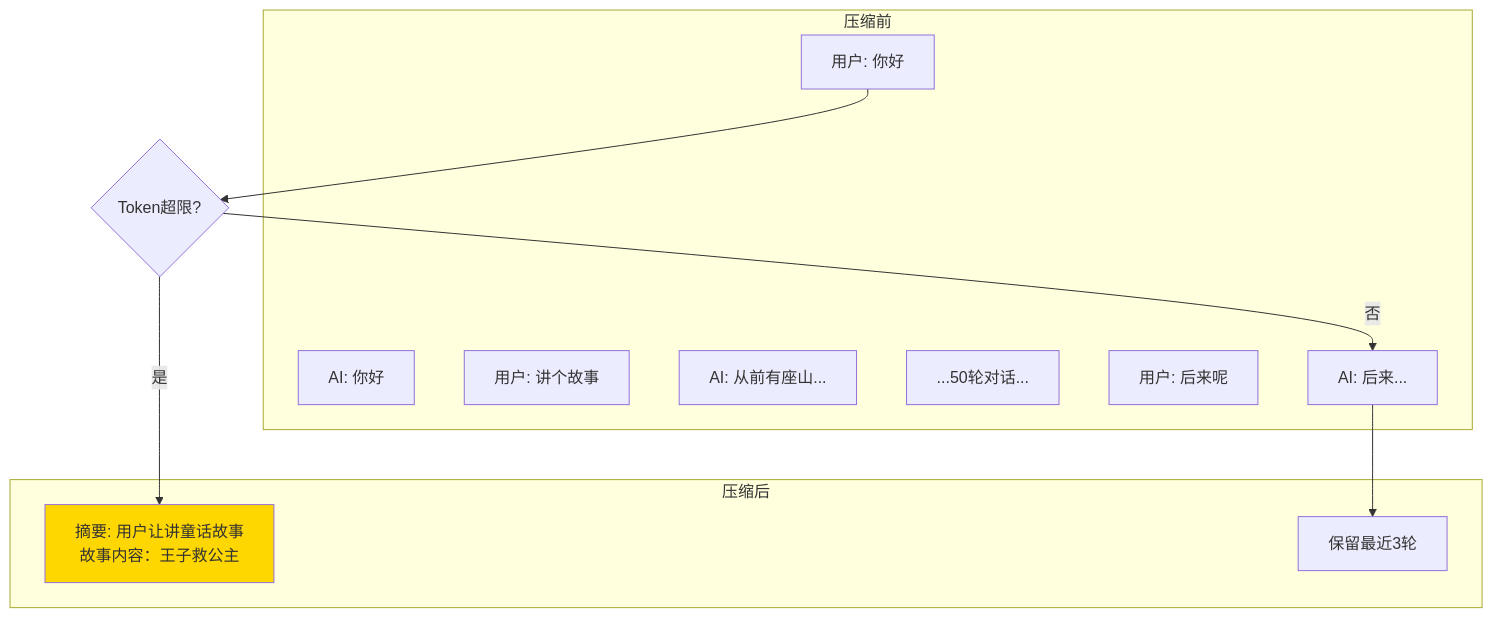
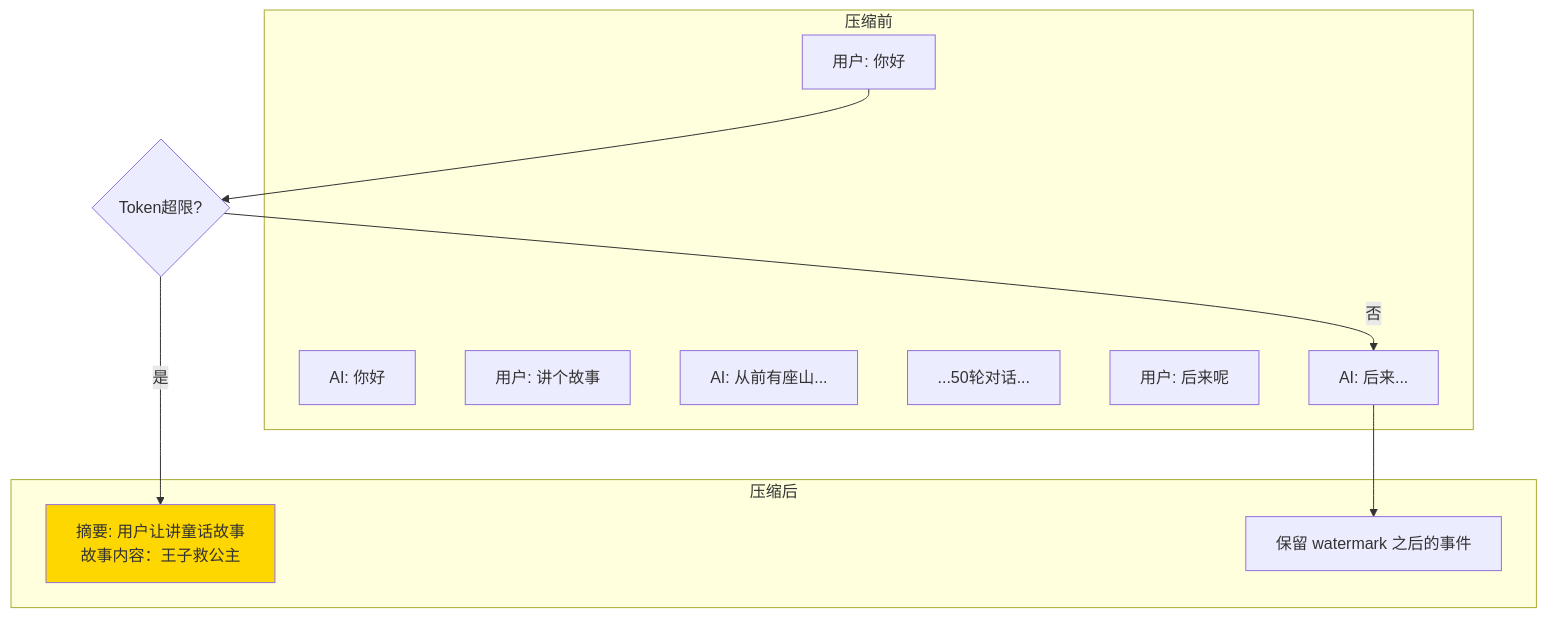
The ninth of 14 diagrams in docs/session.md (yeheng/nanobot-rs), drawn with Mermaid before and after one commit. The commit also changed other lines of this file and 35 other files, not shown here.

````diff
--- a/docs/session.md
+++ b/docs/session.md
@@ -292,26 +303,26 @@
 ```mermaid
 flowchart TB
     subgraph 压缩前
         A1[用户: 你好]
         A2[AI: 你好]
         A3[用户: 讲个故事]
         A4[AI: 从前有座山...]
         A5[...50轮对话...]
         A6[用户: 后来呢]
         A7[AI: 后来...]
     end
     
     C{Token超限?}
     
     subgraph 压缩后
         S[摘要: 用户让讲童话故事<br/>故事内容：王子救公主]
-        R[保留最近3轮]
+        R[保留 watermark 之后的事件]
     end
     
     A1 --> C
     C -->|是| S
     C -->|否| A7
     A7 --> R
     
     style S fill:#FFD700
 ```
````
